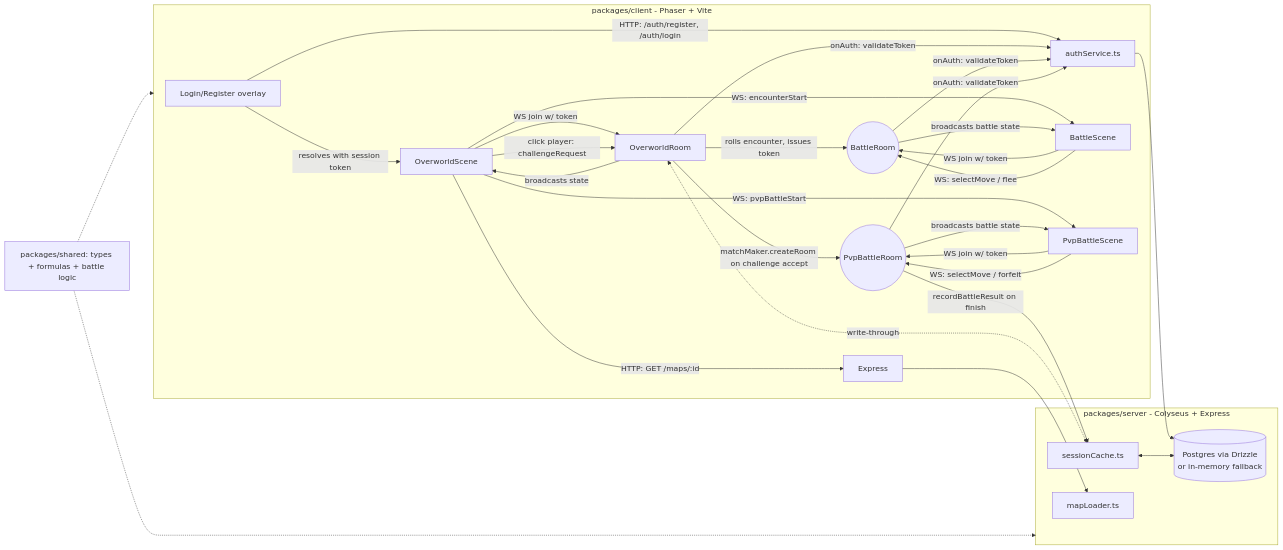
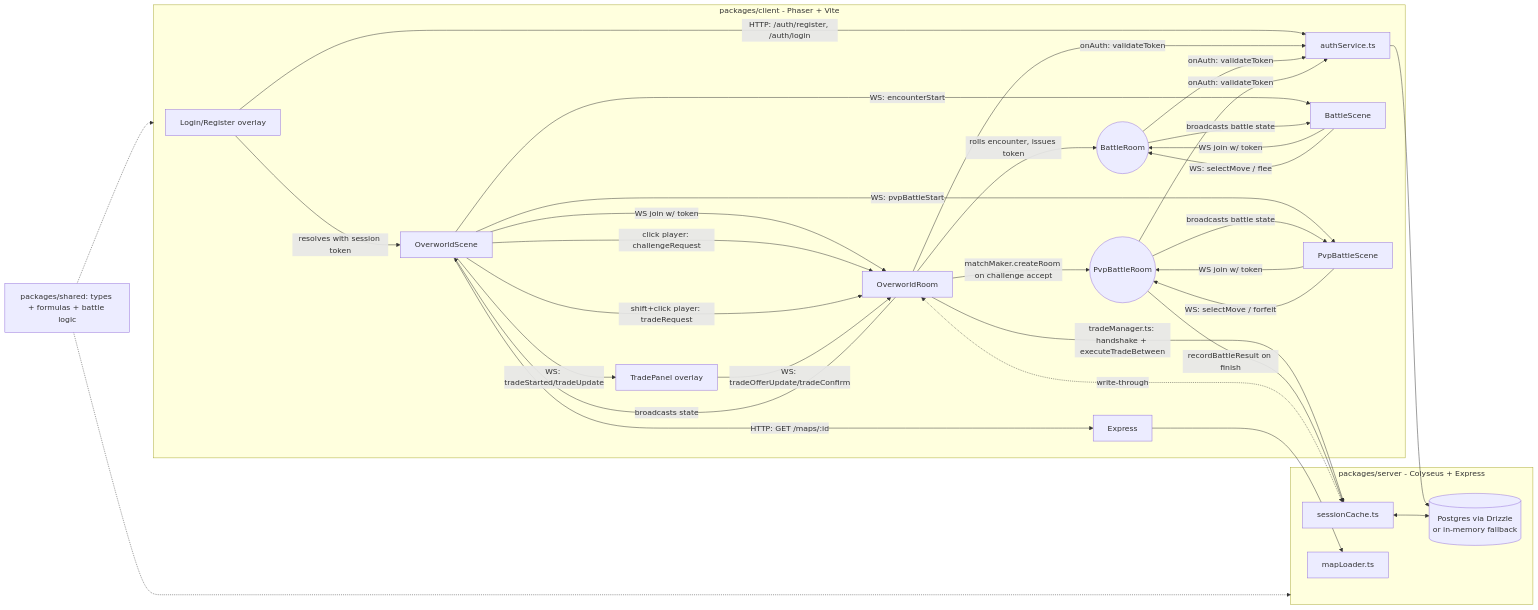
One commit to sabersage85/kanto-mmo changed the diagram in README.md. Above: the diagram before and after it, drawn with Mermaid. The commit also changed other lines of this file and 13 other files, not shown here.

````diff
--- a/README.md
+++ b/README.md
@@ -104,33 +106,37 @@
 ```mermaid
 flowchart LR
   subgraph Client [packages/client - Phaser + Vite]
     Z[Login/Register overlay] -- HTTP: /auth/register, /auth/login --> G
     Z -- resolves with session token --> A[OverworldScene]
     A -- WS join w/ token --> B((Colyseus Room))
     A -- WS: encounterStart --> E[BattleScene]
     A -- click player: challengeRequest --> B
+    A -- shift+click player: tradeRequest --> B
     A -- WS: pvpBattleStart --> P[PvpBattleScene]
+    A -- WS: tradeStarted/tradeUpdate --> T[TradePanel overlay]
+    T -- WS: tradeOfferUpdate/tradeConfirm --> B
     E -- WS join w/ token --> F((BattleRoom))
     E -- WS: selectMove / flee --> F
     P -- WS join w/ token --> Q((PvpBattleRoom))
     P -- WS: selectMove / forfeit --> Q
     A -- HTTP: GET /maps/:id --> C[Express]
   end
   subgraph Server [packages/server - Colyseus + Express]
     G[authService.ts] --> H[(Postgres via Drizzle\nor in-memory fallback)]
     B[OverworldRoom] -- onAuth: validateToken --> G
     B -- broadcasts state --> A
     B -- rolls encounter, issues token --> F
     B -- matchMaker.createRoom on challenge accept --> Q
+    B -- tradeManager.ts: handshake + executeTradeBetween --> I
     F -- onAuth: validateToken --> G
     F -- broadcasts battle state --> E
     Q -- onAuth: validateToken --> G
     Q -- broadcasts battle state --> P
     Q -- recordBattleResult on finish --> I
     C --> D[mapLoader.ts]
     B <-. write-through .-> I[sessionCache.ts]
     I <--> H
   end
   Shared[packages/shared: types + formulas + battle logic] -.-> Client
   Shared -.-> Server
 ```
````
